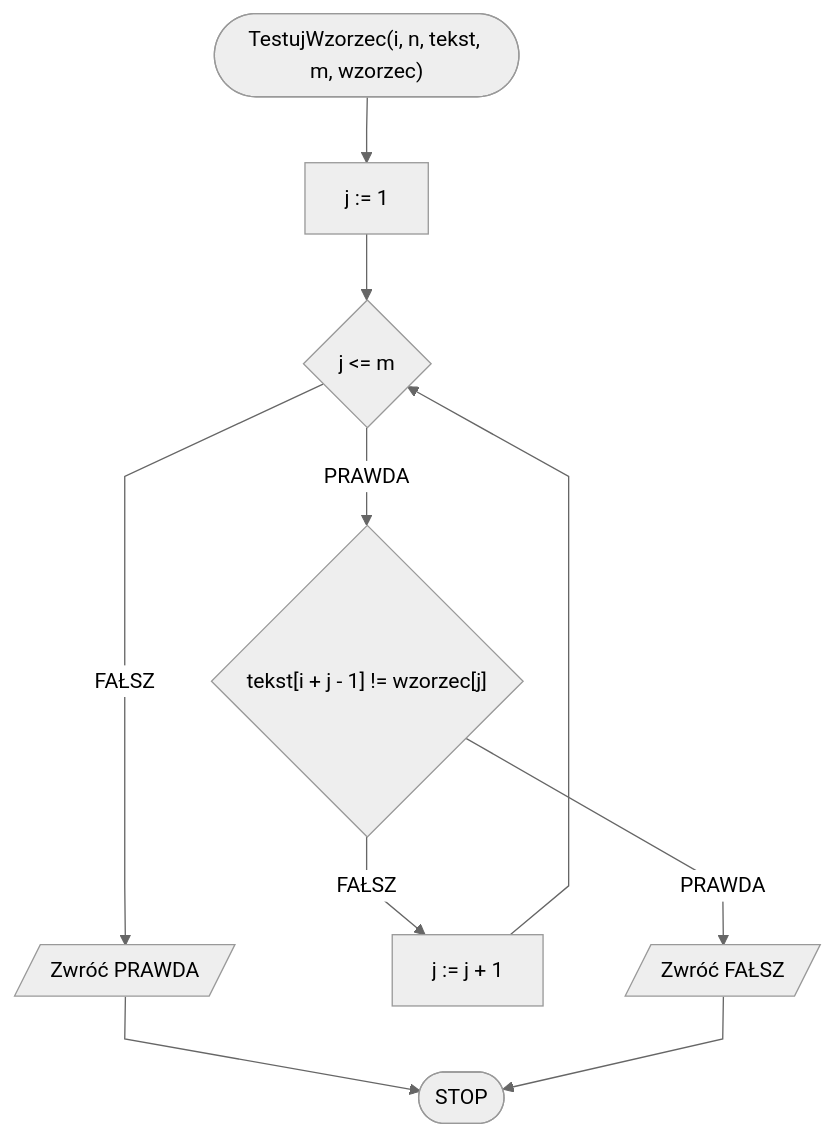
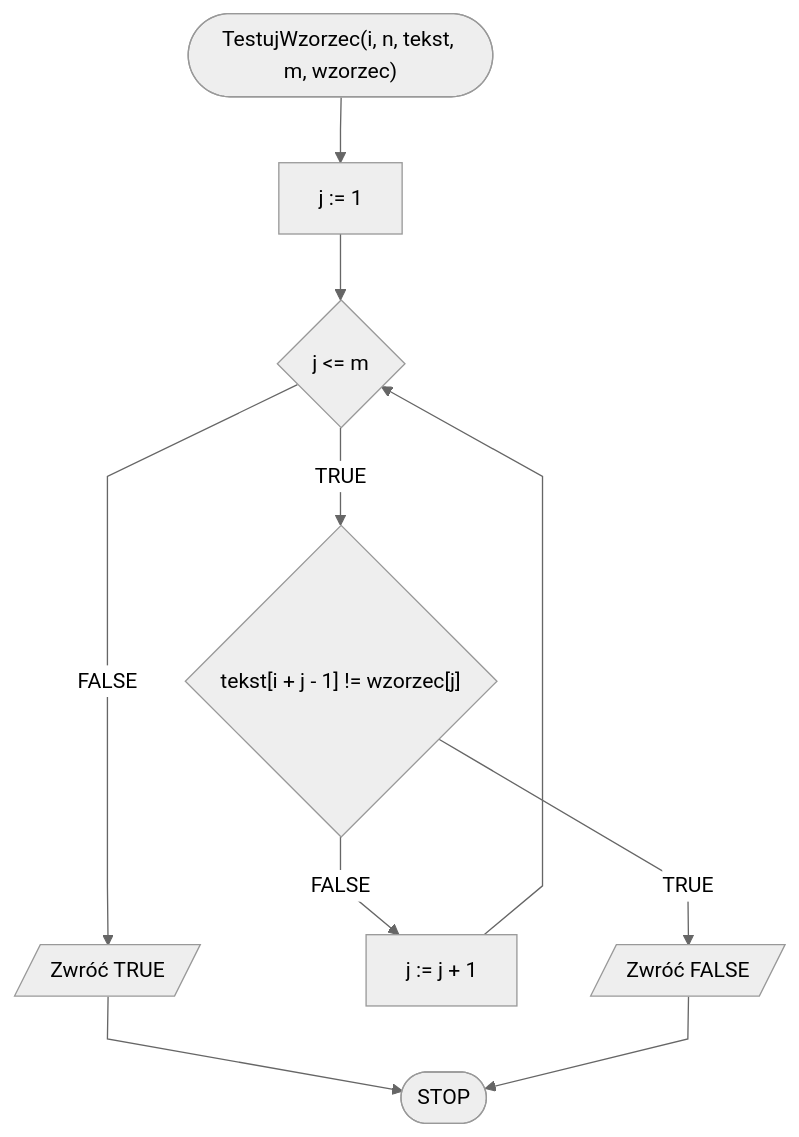
The first of 2 diagrams in docs/algorithms/text/naive-substring-search.md (blackbat13/edu-cs-htiew-en), drawn with Mermaid before and after one commit. The commit also changed other lines of this file and 682 other files, not shown here.

````diff
--- a/docs/algorithms/text/naive-substring-search.md
+++ b/docs/algorithms/text/naive-substring-search.md
@@ -70,13 +70,13 @@
 ```mermaid
 %%{init: {"flowchart": {"curve": "linear"}, "theme": "neutral"} }%%
 flowchart TD
     START(["TestujWzorzec(i, n, tekst, m, wzorzec)"]) --> K0[j := 1]
     K0 --> K1{j <= m}
-    K1 -- PRAWDA --> K2{"tekst[i + j - 1] != wzorzec[j]"}
-    K2 -- PRAWDA --> K3[/Zwróć FAŁSZ/]
-    K2 -- FAŁSZ --> K1i[j := j + 1]
+    K1 -- TRUE --> K2{"tekst[i + j - 1] != wzorzec[j]"}
+    K2 -- TRUE --> K3[/Zwróć FALSE/]
+    K2 -- FALSE --> K1i[j := j + 1]
     K1i --> K1
-    K1 -- FAŁSZ --> K4[/Zwróć PRAWDA/]
+    K1 -- FALSE --> K4[/Zwróć TRUE/]
     K4 --> STOP([STOP])
     K3 --> STOP
 ```
````
